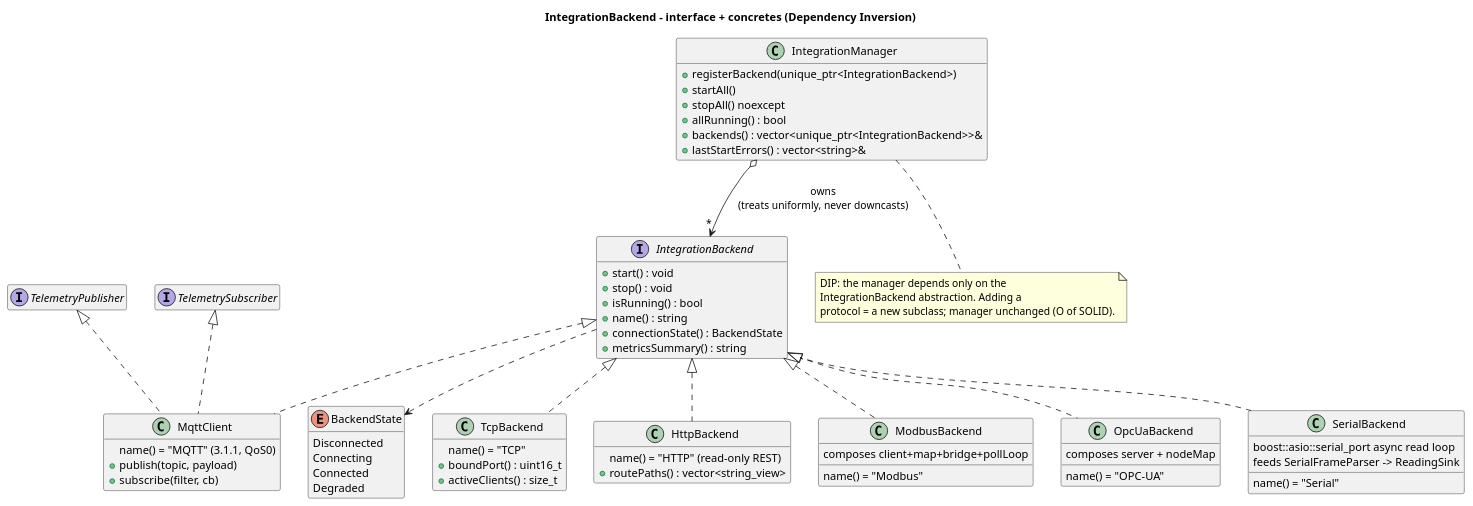
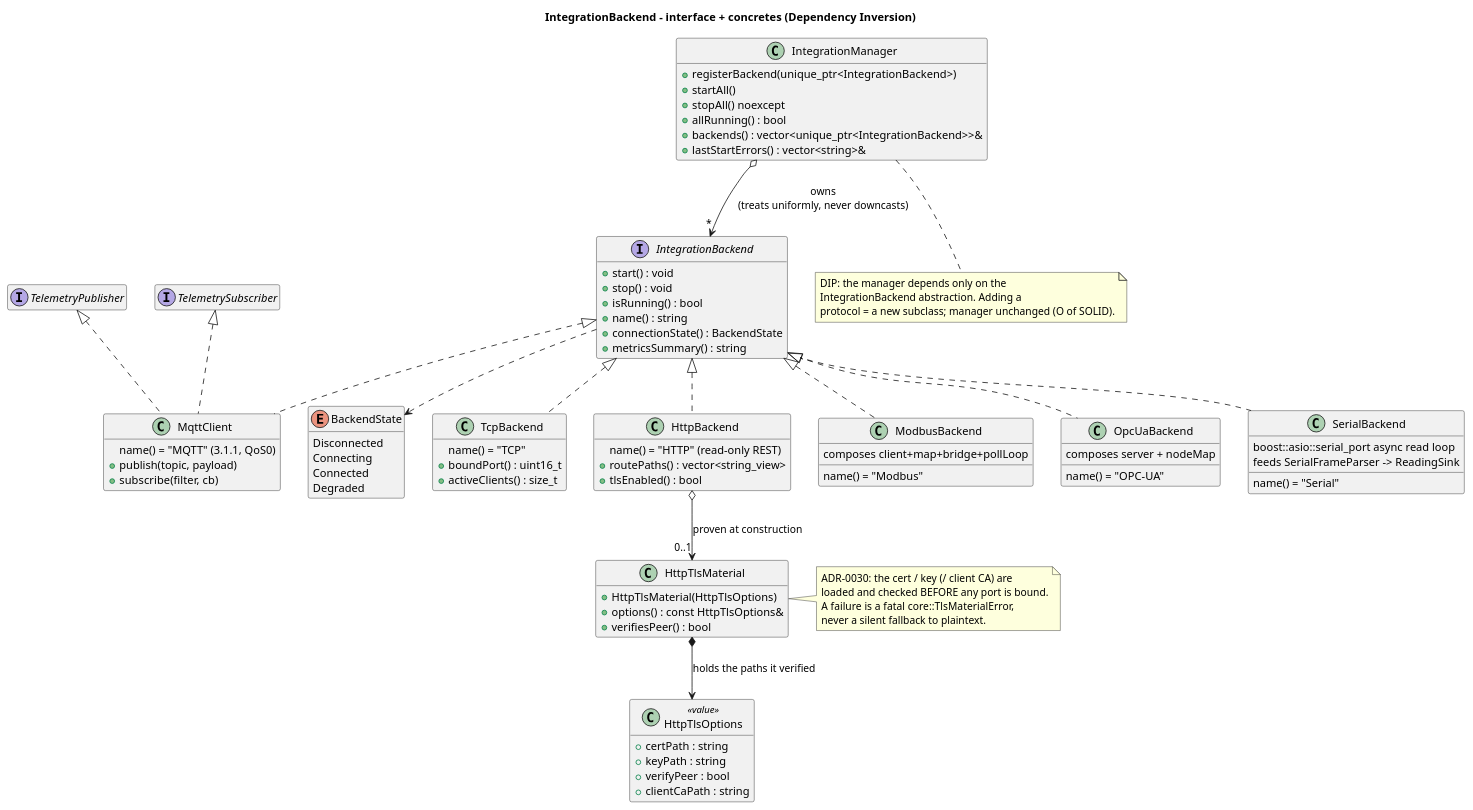
One commit to bogdanbaloi/industrial-hmi changed the diagram in docs/uml/class-integration-backend.puml. Above: the diagram before and after it, drawn with PlantUML. The commit also changed 37 other files, not shown here.

First line of the commit message:
Add TLS to the HTTP backend

```diff
--- a/docs/uml/class-integration-backend.puml
+++ b/docs/uml/class-integration-backend.puml
@@ -1,93 +1,118 @@
 @startuml class-integration-backend
 ' Class diagram: IntegrationBackend interface + concrete backends (DIP).
 '
 ' Grounded in real source:
 '   - src/integration/IntegrationBackend.h  (interface + BackendState enum)
 '   - src/integration/IntegrationManager.h  (owns backends by interface)
 '   - src/integration/TcpBackend.h
 '   - src/integration/MqttClient.h  (also TelemetryPublisher/Subscriber)
 '   - src/integration/HttpBackend.h
+'   - src/integration/HttpTlsMaterial.h / HttpTlsOptions.h
 '   - src/integration/modbus/ModbusBackend.h
 '   - src/integration/opcua/OpcUaBackend.h
 ' Signatures copied verbatim from those headers.
 
 title IntegrationBackend - interface + concretes (Dependency Inversion)
 
 skinparam shadowing false
 hide empty members
 
 enum BackendState {
   Disconnected
   Connecting
   Connected
   Degraded
 }
 
 interface IntegrationBackend {
   +start() : void
   +stop() : void
   +isRunning() : bool
   +name() : string
   +connectionState() : BackendState
   +metricsSummary() : string
 }
 IntegrationBackend ..> BackendState
 
 class IntegrationManager {
   +registerBackend(unique_ptr<IntegrationBackend>)
   +startAll()
   +stopAll() noexcept
   +allRunning() : bool
   +backends() : vector<unique_ptr<IntegrationBackend>>&
   +lastStartErrors() : vector<string>&
 }
 IntegrationManager o--> "*" IntegrationBackend : owns\n(treats uniformly, never downcasts)
 
 class TcpBackend {
   name() = "TCP"
   +boundPort() : uint16_t
   +activeClients() : size_t
 }
 class MqttClient {
   name() = "MQTT" (3.1.1, QoS0)
   +publish(topic, payload)
   +subscribe(filter, cb)
 }
 class HttpBackend {
   name() = "HTTP" (read-only REST)
   +routePaths() : vector<string_view>
+  +tlsEnabled() : bool
+}
+
+class HttpTlsOptions <<value>> {
+  +certPath : string
+  +keyPath : string
+  +verifyPeer : bool
+  +clientCaPath : string
+}
+
+class HttpTlsMaterial {
+  +HttpTlsMaterial(HttpTlsOptions)
+  +options() : const HttpTlsOptions&
+  +verifiesPeer() : bool
 }
 class ModbusBackend {
   name() = "Modbus"
   composes client+map+bridge+pollLoop
 }
 class OpcUaBackend {
   name() = "OPC-UA"
   composes server + nodeMap
 }
 class SerialBackend {
   name() = "Serial"
   boost::asio::serial_port async read loop
   feeds SerialFrameParser -> ReadingSink
 }
 
 interface TelemetryPublisher
 interface TelemetrySubscriber
 
 IntegrationBackend <|.. TcpBackend
 IntegrationBackend <|.. MqttClient
 IntegrationBackend <|.. HttpBackend
 IntegrationBackend <|.. ModbusBackend
 IntegrationBackend <|.. OpcUaBackend
 IntegrationBackend <|.. SerialBackend
 
 TelemetryPublisher  <|.. MqttClient
 TelemetrySubscriber <|.. MqttClient
 
+HttpBackend o--> "0..1" HttpTlsMaterial : proven at construction
+HttpTlsMaterial *--> HttpTlsOptions : holds the paths it verified
+
+note right of HttpTlsMaterial
+  ADR-0030: the cert / key (/ client CA) are
+  loaded and checked BEFORE any port is bound.
+  A failure is a fatal core::TlsMaterialError,
+  never a silent fallback to plaintext.
+end note
+
 note bottom of IntegrationManager
   DIP: the manager depends only on the
   IntegrationBackend abstraction. Adding a
   protocol = a new subclass; manager unchanged (O of SOLID).
 end note
 
 @enduml
```
